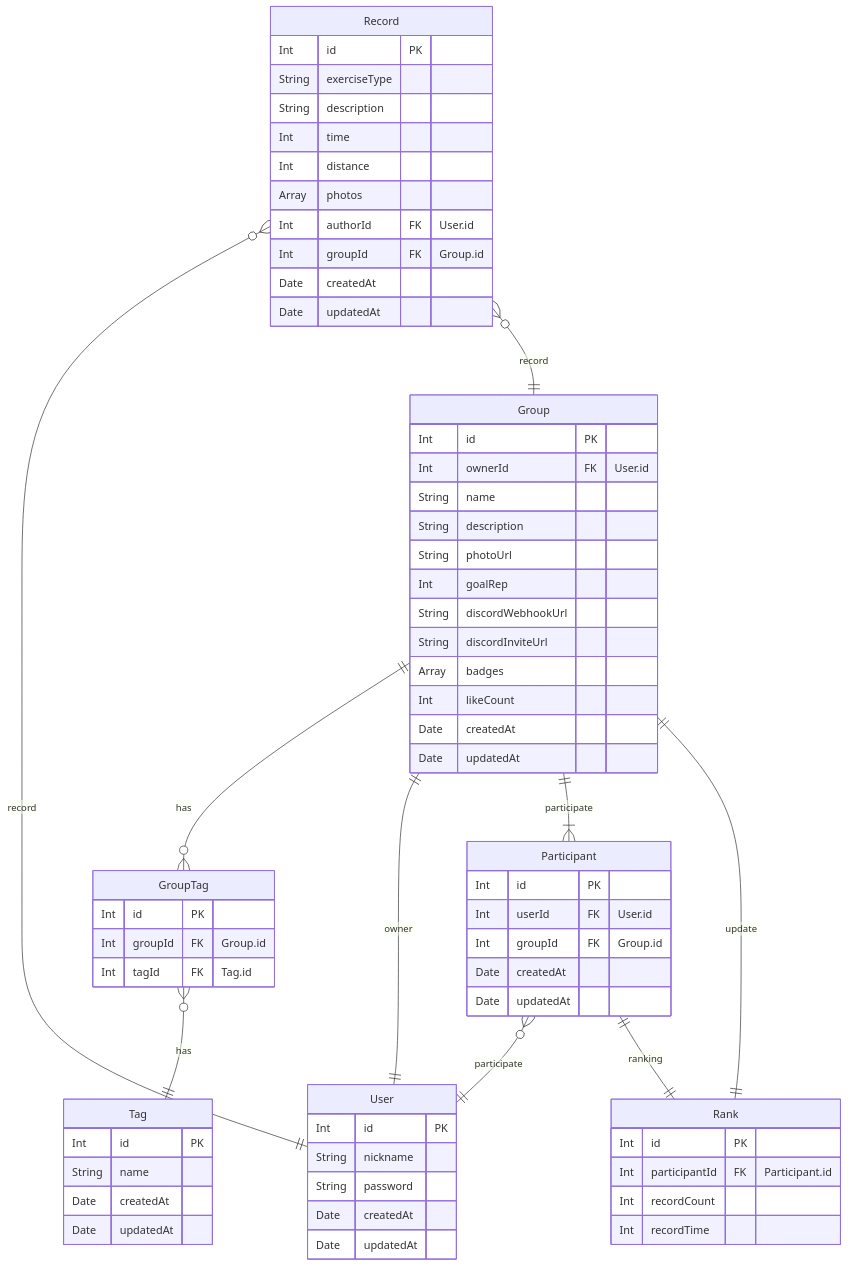
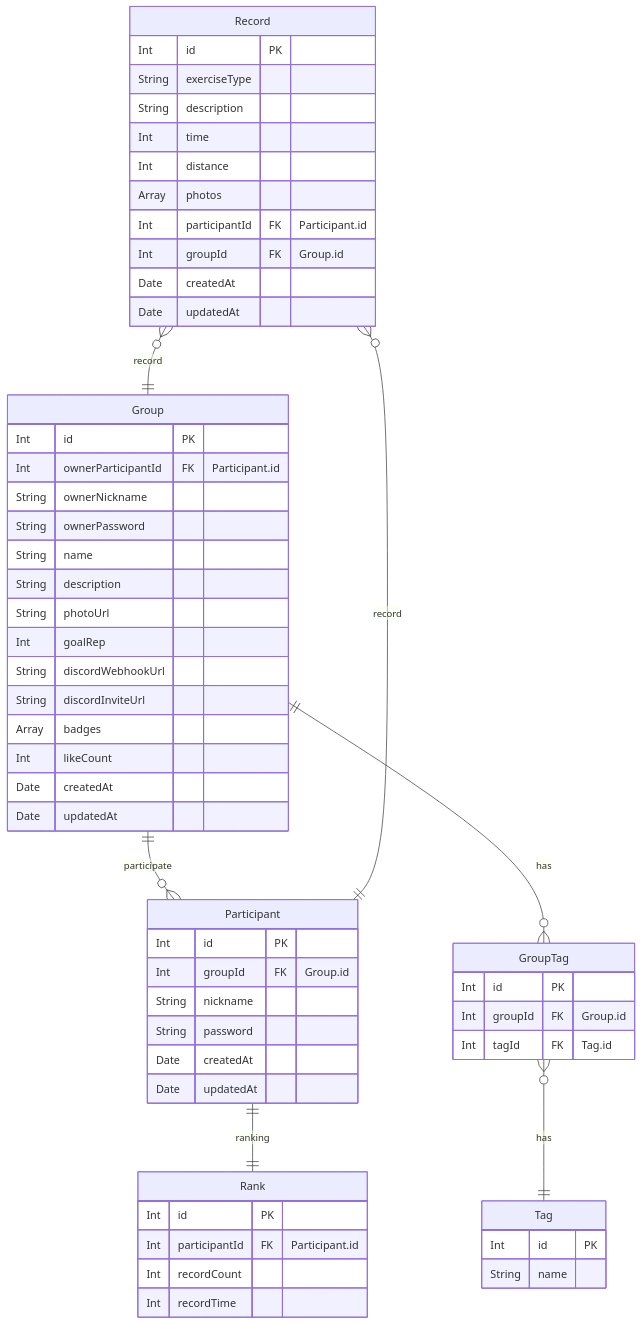
Before and after one commit to nb02-seven-team3/nb02-seven-team3-02: the diagram in README.md, drawn with Mermaid.

````diff
--- a/README.md
+++ b/README.md
@@ -27,71 +27,63 @@
 ```mermaid
 erDiagram
+
     Group ||--o{ GroupTag: has
     GroupTag }o--|| Tag : has
-    Group ||--|| User : owner
-    Group ||--|{ Participant : participate
-    Participant }o--|| User : participate
-    Rank ||--|| Group : update
-    Record }o--|| User : record
+    Group ||--o{ Participant : participate
+    Record }o--|| Participant : record
     Record }o--|| Group : record
     Participant ||--|| Rank : ranking
 
     Tag {
         Int     id              PK
         String  name
-        Date    createdAt
-        Date    updatedAt
     }
     Group { 
         Int     id              PK
-        Int     ownerId         FK "User.id"
+        Int     ownerParticipantId FK "Participant.id"
+        String  ownerNickname
+        String  ownerPassword
         String  name
         String  description
         String  photoUrl
         Int     goalRep
         String  discordWebhookUrl
         String  discordInviteUrl
         Array   badges
         Int     likeCount
         Date    createdAt
         Date    updatedAt
     }
     GroupTag {
         Int     id              PK
         Int     groupId         FK "Group.id"
         Int     tagId           FK "Tag.id"
-        
-    }
-    User {
-        Int     id              PK
-        String  nickname
-        String  password
-        Date    createdAt
-        Date    updatedAt
     }
     Participant {
         Int     id              PK
-        Int     userId          FK "User.id"
         Int     groupId         FK "Group.id"
+        String  nickname
+        String  password
         Date    createdAt
         Date    updatedAt
     }
     Record {
         Int     id              PK
         String  exerciseType
         String  description
         Int     time
         Int     distance
         Array   photos
-        Int     authorId        FK "User.id"
+        Int     participantId   FK "Participant.id"
         Int     groupId         FK "Group.id"
         Date    createdAt
         Date    updatedAt
     }
     Rank {
         Int     id              PK
         Int     participantId   FK "Participant.id"
         Int     recordCount
         Int     recordTime
     }
+
 ```
````
